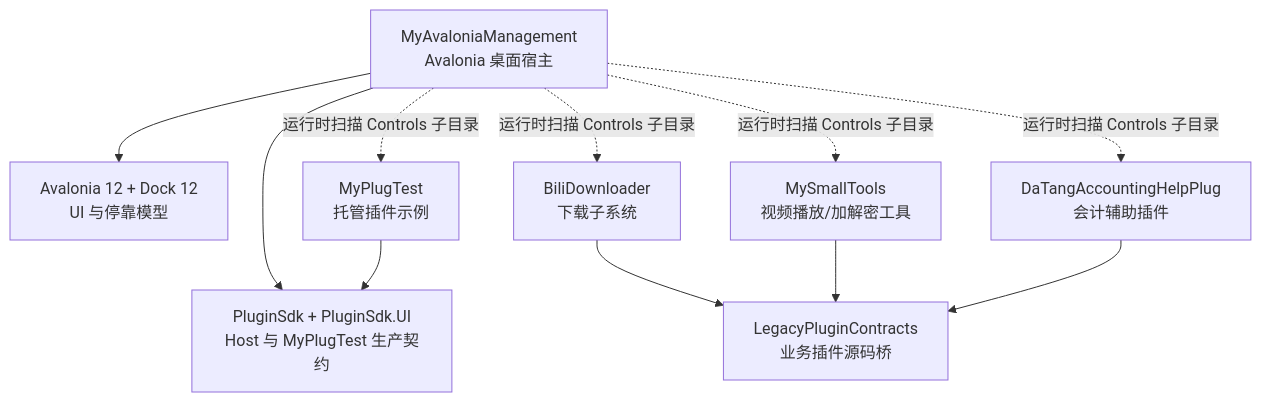
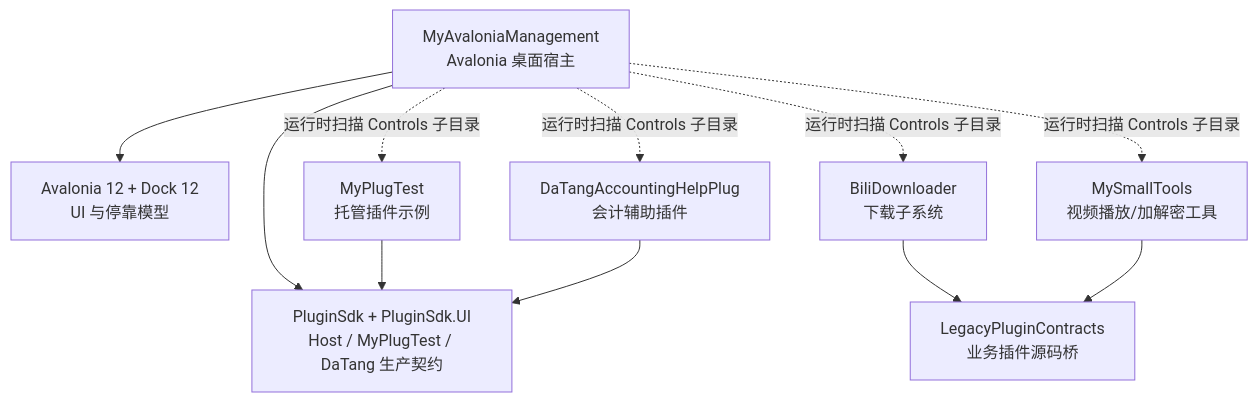
The first of 5 diagrams in docs/design/host-plugin-architecture-review.md (crownclowngx/avalonia_dock_simple_test), drawn with Mermaid before and after one commit. The commit also changed other lines of this file and 45 other files, not shown here.

First line of the commit message:
feat(plugin): 完成 G10 DaTang Host V2 迁移

````diff
--- a/docs/design/host-plugin-architecture-review.md
+++ b/docs/design/host-plugin-architecture-review.md
@@ -32,24 +32,24 @@
 ```mermaid
 flowchart TB
     Host["MyAvaloniaManagement<br/>Avalonia 桌面宿主"]
-    Sdk["PluginSdk + PluginSdk.UI<br/>Host 与 MyPlugTest 生产契约"]
+    Sdk["PluginSdk + PluginSdk.UI<br/>Host / MyPlugTest / DaTang 生产契约"]
     Legacy["LegacyPluginContracts<br/>业务插件源码桥"]
     Dock["Avalonia 12 + Dock 12<br/>UI 与停靠模型"]
 
     Bili["BiliDownloader<br/>下载子系统"]
     Small["MySmallTools<br/>视频播放/加解密工具"]
     TestPlug["MyPlugTest<br/>托管插件示例"]
     DaTang["DaTangAccountingHelpPlug<br/>会计辅助插件"]
 
     Host --> Sdk
     Host --> Dock
     Bili --> Legacy
     Small --> Legacy
     TestPlug --> Sdk
-    DaTang --> Legacy
+    DaTang --> Sdk
 
     Host -. "运行时扫描 Controls 子目录" .-> Bili
     Host -. "运行时扫描 Controls 子目录" .-> Small
     Host -. "运行时扫描 Controls 子目录" .-> TestPlug
     Host -. "运行时扫描 Controls 子目录" .-> DaTang
 ```
````
